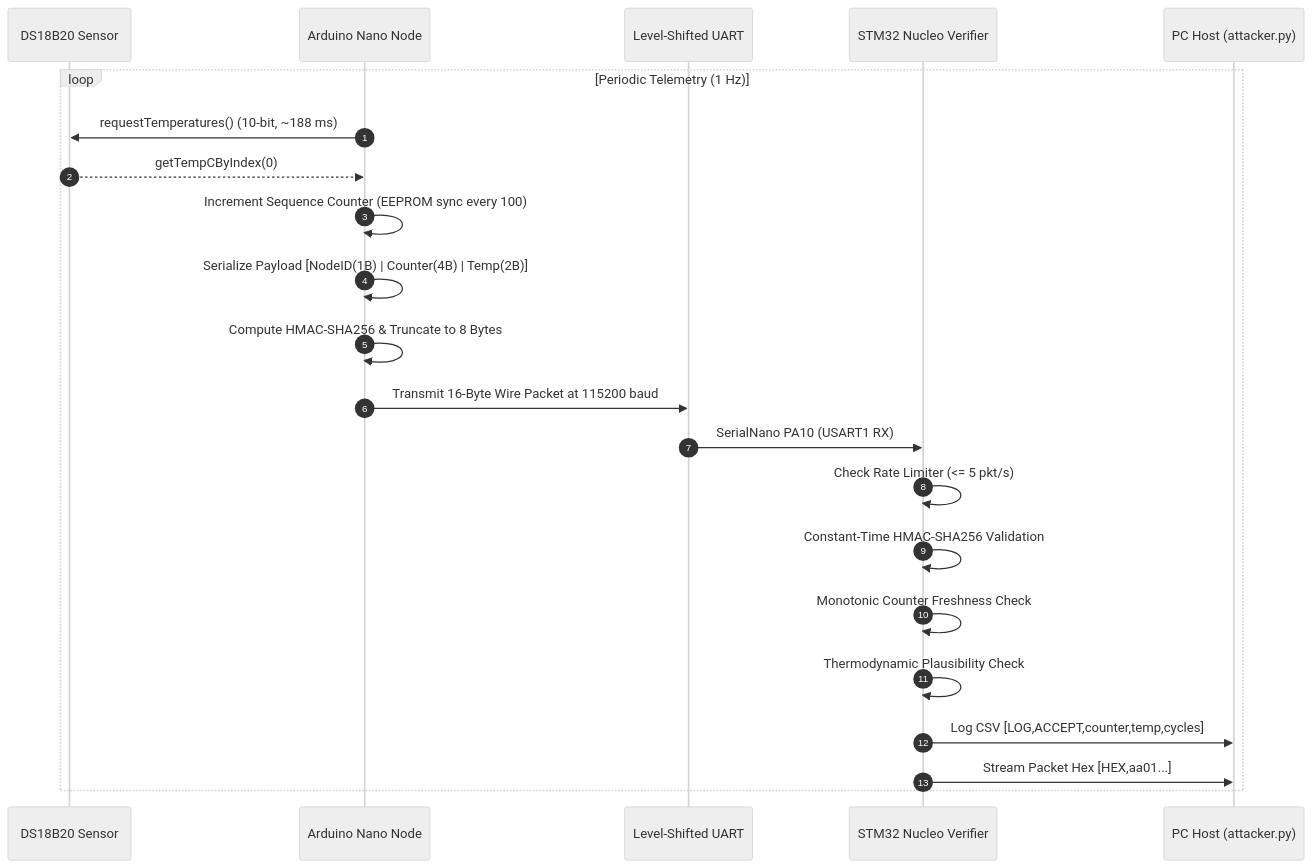
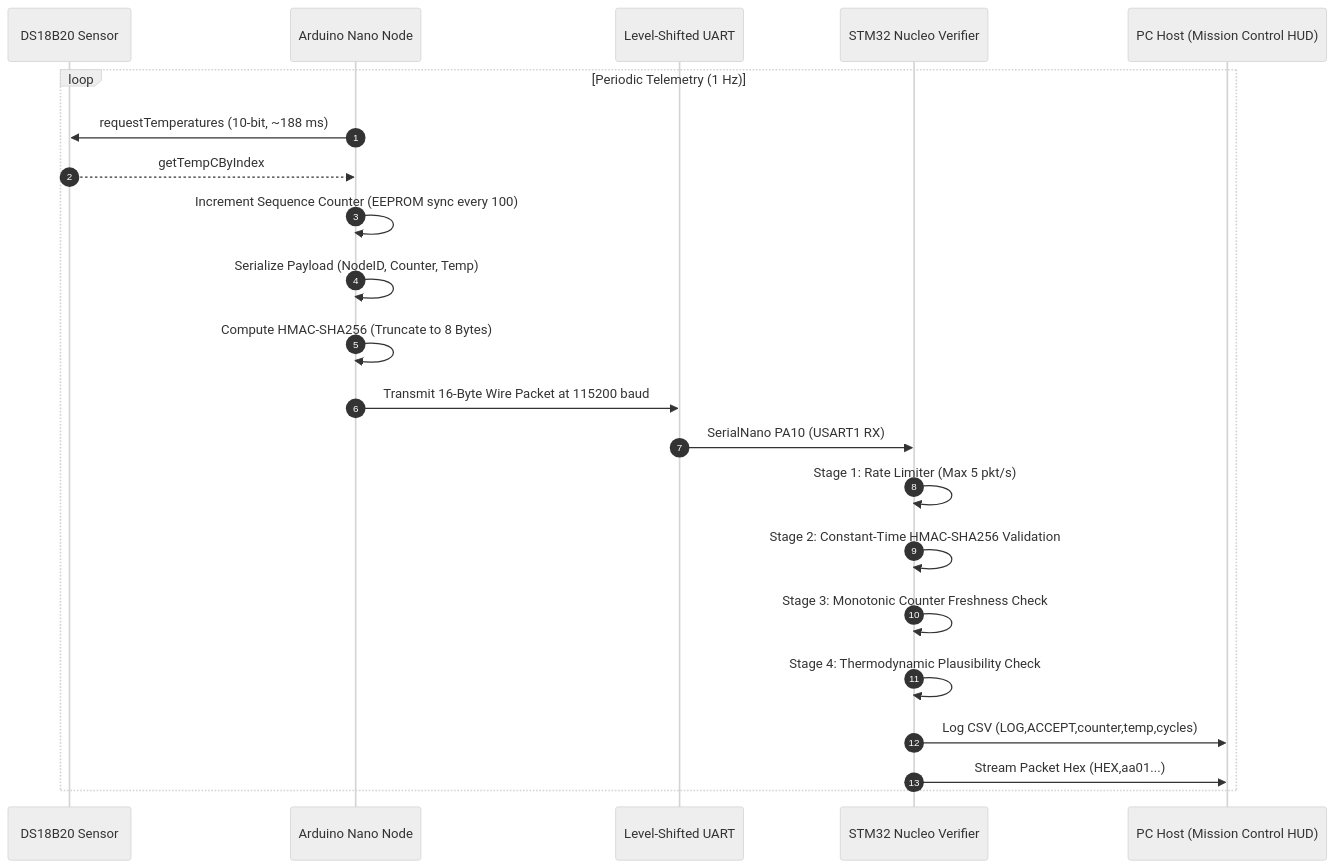
One commit to Sonalhegde/secure-iot-sensing changed the third of 4 diagrams in README.md. Above: the diagram before and after it, drawn with Mermaid (neutral theme). The commit also changed other lines of this file, not shown here.

Commit message:
fix(docs): resolve Mermaid syntax errors, unescaped operators, and table formatting in README.md

````diff
--- a/README.md
+++ b/README.md
@@ -52,25 +52,25 @@
 ```mermaid
 sequenceDiagram
     autonumber
     participant Sensor as DS18B20 Sensor
     participant Nano as Arduino Nano Node
     participant Wire as Level-Shifted UART
     participant Nucleo as STM32 Nucleo Verifier
-    participant PC as PC Host (attacker.py)
+    participant PC as PC Host (Mission Control HUD)
 
     loop Periodic Telemetry (1 Hz)
-        Nano->>Sensor: requestTemperatures() (10-bit, ~188 ms)
-        Sensor-->>Nano: getTempCByIndex(0)
+        Nano->>Sensor: requestTemperatures (10-bit, ~188 ms)
+        Sensor-->>Nano: getTempCByIndex
         Nano->>Nano: Increment Sequence Counter (EEPROM sync every 100)
-        Nano->>Nano: Serialize Payload [NodeID(1B) | Counter(4B) | Temp(2B)]
-        Nano->>Nano: Compute HMAC-SHA256 & Truncate to 8 Bytes
+        Nano->>Nano: Serialize Payload (NodeID, Counter, Temp)
+        Nano->>Nano: Compute HMAC-SHA256 (Truncate to 8 Bytes)
         Nano->>Wire: Transmit 16-Byte Wire Packet at 115200 baud
         Wire->>Nucleo: SerialNano PA10 (USART1 RX)
-        Nucleo->>Nucleo: Check Rate Limiter (<= 5 pkt/s)
-        Nucleo->>Nucleo: Constant-Time HMAC-SHA256 Validation
-        Nucleo->>Nucleo: Monotonic Counter Freshness Check
-        Nucleo->>Nucleo: Thermodynamic Plausibility Check
-        Nucleo->>PC: Log CSV [LOG,ACCEPT,counter,temp,cycles]
-        Nucleo->>PC: Stream Packet Hex [HEX,aa01...]
+        Nucleo->>Nucleo: Stage 1: Rate Limiter (Max 5 pkt/s)
+        Nucleo->>Nucleo: Stage 2: Constant-Time HMAC-SHA256 Validation
+        Nucleo->>Nucleo: Stage 3: Monotonic Counter Freshness Check
+        Nucleo->>Nucleo: Stage 4: Thermodynamic Plausibility Check
+        Nucleo->>PC: Log CSV (LOG,ACCEPT,counter,temp,cycles)
+        Nucleo->>PC: Stream Packet Hex (HEX,aa01...)
     end
 ```
````
